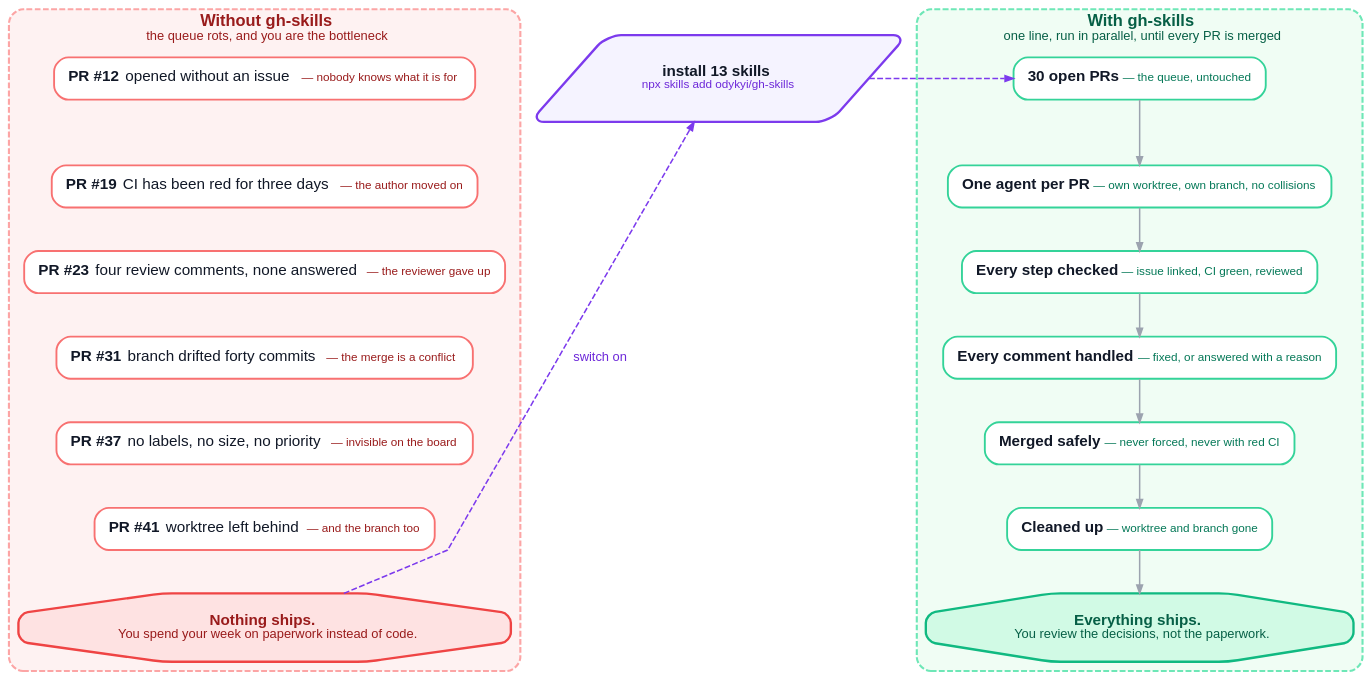
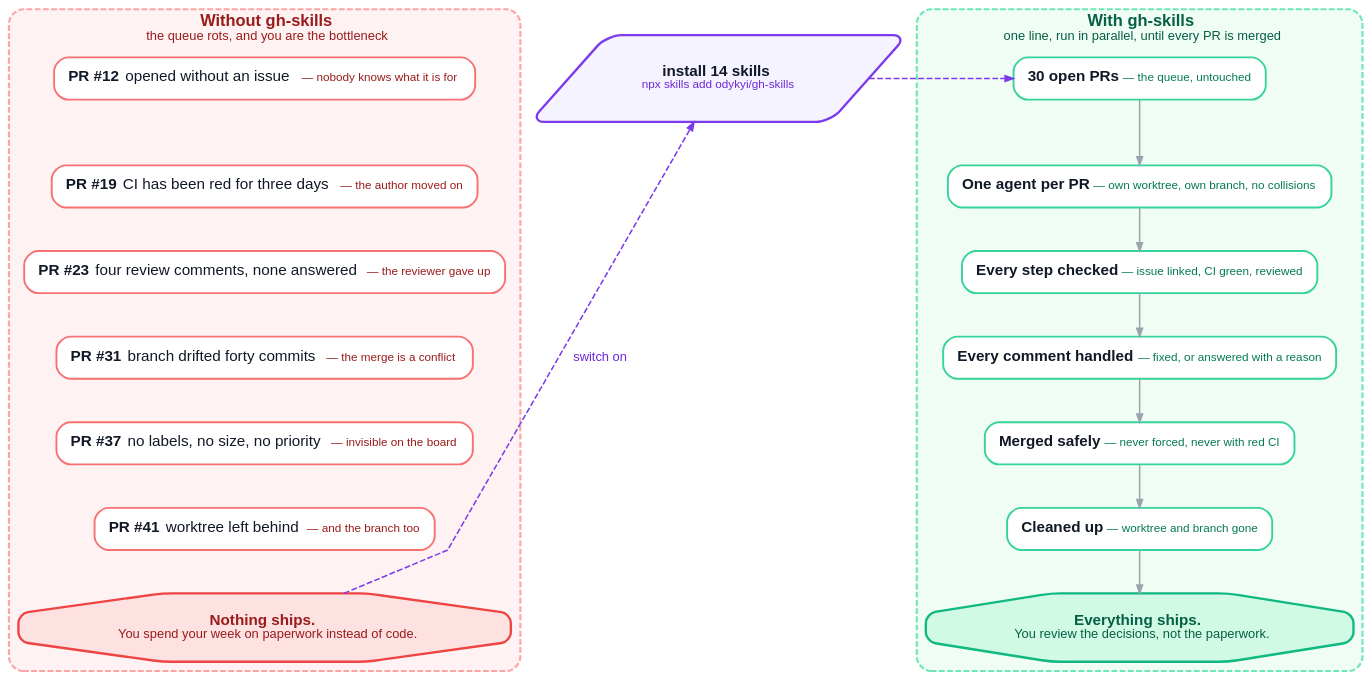
The diagram in assets/before-after.dot (kburym/gh-skills), drawn with Graphviz before and after one commit. The commit also changed 10 other files, not shown here.

```diff
--- a/assets/before-after.dot
+++ b/assets/before-after.dot
@@ -1,75 +1,75 @@
 // gh-skills — before and after: the same queue, two ways to run it.
 // Render:  ./assets/build-diagram.sh   (dot + animated-SVG injection)
 // Source of truth: this file. The SVG in assets/ is generated from it.
 digraph BEFORE_AFTER {
   rankdir=TB;
   splines=polyline;
   bgcolor="transparent";
   pad="0.35";
   nodesep="0.30";
   ranksep="0.50";
   fontname="Helvetica,Arial,sans-serif";
 
   node [shape=box, style="rounded,filled", fontname="Helvetica,Arial,sans-serif",
         fontsize=13, fontcolor="#111827", color="#4F46E5", fillcolor="#EEF2FF",
         penwidth=1.6, margin="0.16,0.10"];
   edge [color="#9CA3AF", fontname="Helvetica,Arial,sans-serif", fontsize=11,
         fontcolor="#6B7280", arrowsize=0.7, penwidth=1.3];
 
   // ================= BEFORE =================
   subgraph cluster_before {
     label=<<b>Without gh-skills</b><br/><font point-size="11" color="#991B1B">the queue rots, and you are the bottleneck</font>>;
     fontname="Helvetica,Arial,sans-serif"; fontsize=14; fontcolor="#991B1B";
     color="#FCA5A5"; style="rounded,dashed"; penwidth=1.8; bgcolor="#FEF2F2";
 
     b1 [label=<<b>PR #12</b> &nbsp;opened without an issue<font point-size="10" color="#991B1B"> — nobody knows what it is for</font>>,
         fillcolor="#FFFFFF", color="#F87171"];
     b2 [label=<<b>PR #19</b> &nbsp;CI has been red for three days<font point-size="10" color="#991B1B"> — the author moved on</font>>,
         fillcolor="#FFFFFF", color="#F87171"];
     b3 [label=<<b>PR #23</b> &nbsp;four review comments, none answered<font point-size="10" color="#991B1B"> — the reviewer gave up</font>>,
         fillcolor="#FFFFFF", color="#F87171"];
     b4 [label=<<b>PR #31</b> &nbsp;branch drifted forty commits<font point-size="10" color="#991B1B"> — the merge is a conflict</font>>,
         fillcolor="#FFFFFF", color="#F87171"];
     b5 [label=<<b>PR #37</b> &nbsp;no labels, no size, no priority<font point-size="10" color="#991B1B"> — invisible on the board</font>>,
         fillcolor="#FFFFFF", color="#F87171"];
     b6 [label=<<b>PR #41</b> &nbsp;worktree left behind<font point-size="10" color="#991B1B"> — and the branch too</font>>,
         fillcolor="#FFFFFF", color="#F87171"];
 
     b_verdict [label=<<b>Nothing ships.</b><br/><font point-size="11" color="#991B1B">You spend your week on paperwork instead of code.</font>>,
                shape=octagon, fillcolor="#FEE2E2", color="#EF4444", fontcolor="#991B1B", penwidth=2];
 
     b1 -> b2 -> b3 -> b4 -> b5 -> b6 -> b_verdict [style=invis];
   }
 
   // ================= AFTER =================
   subgraph cluster_after {
     label=<<b>With gh-skills</b><br/><font point-size="11" color="#065F46">one line, run in parallel, until every PR is merged</font>>;
     fontname="Helvetica,Arial,sans-serif"; fontsize=14; fontcolor="#065F46";
     color="#6EE7B7"; style="rounded,dashed"; penwidth=1.8; bgcolor="#F0FDF4";
 
     a1 [label=<<b>30 open PRs</b><font point-size="10" color="#047857"> — the queue, untouched</font>>,
         fillcolor="#FFFFFF", color="#34D399"];
     a2 [label=<<b>One agent per PR</b><font point-size="10" color="#047857"> — own worktree, own branch, no collisions</font>>,
         fillcolor="#FFFFFF", color="#34D399"];
     a3 [label=<<b>Every step checked</b><font point-size="10" color="#047857"> — issue linked, CI green, reviewed</font>>,
         fillcolor="#FFFFFF", color="#34D399"];
     a4 [label=<<b>Every comment handled</b><font point-size="10" color="#047857"> — fixed, or answered with a reason</font>>,
         fillcolor="#FFFFFF", color="#34D399"];
     a5 [label=<<b>Merged safely</b><font point-size="10" color="#047857"> — never forced, never with red CI</font>>,
         fillcolor="#FFFFFF", color="#34D399"];
     a6 [label=<<b>Cleaned up</b><font point-size="10" color="#047857"> — worktree and branch gone</font>>,
         fillcolor="#FFFFFF", color="#34D399"];
 
     a_verdict [label=<<b>Everything ships.</b><br/><font point-size="11" color="#065F46">You review the decisions, not the paperwork.</font>>,
                shape=octagon, fillcolor="#D1FAE5", color="#10B981", fontcolor="#065F46", penwidth=2];
 
     a1 -> a2 -> a3 -> a4 -> a5 -> a6 -> a_verdict;
   }
 
   // ================= THE SWITCH =================
-  switch [label=<<b>install 13 skills</b><br/><font point-size="10" color="#6D28D9">npx skills add odykyi/gh-skills</font>>,
+  switch [label=<<b>install 14 skills</b><br/><font point-size="10" color="#6D28D9">npx skills add odykyi/gh-skills</font>>,
           shape=parallelogram, fillcolor="#F5F3FF", color="#7C3AED", penwidth=2];
 
   b_verdict -> switch [style=dashed, color="#7C3AED", fontcolor="#6D28D9", label=" switch on ", constraint=false];
   switch -> a1 [style=dashed, color="#7C3AED", fontcolor="#6D28D9", constraint=false];
 }
```
